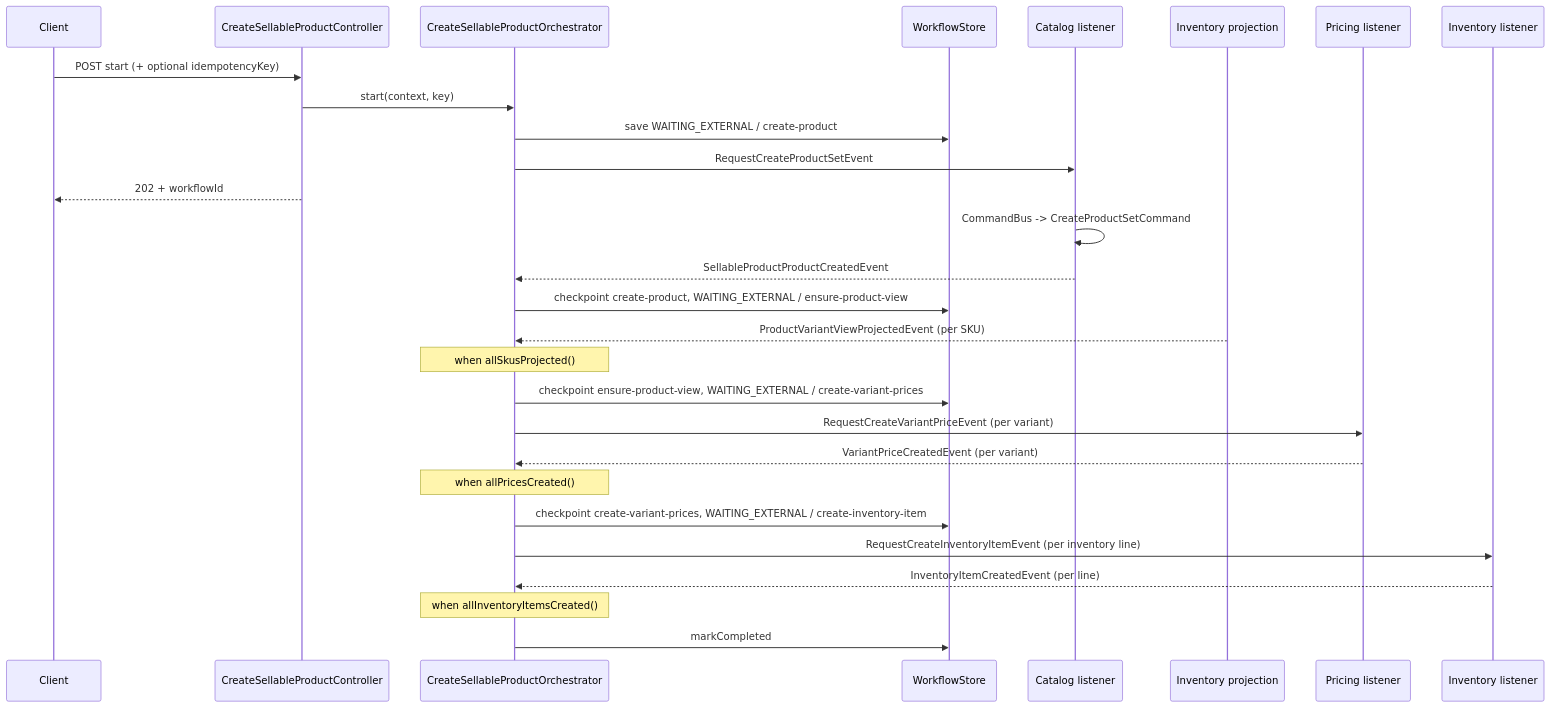
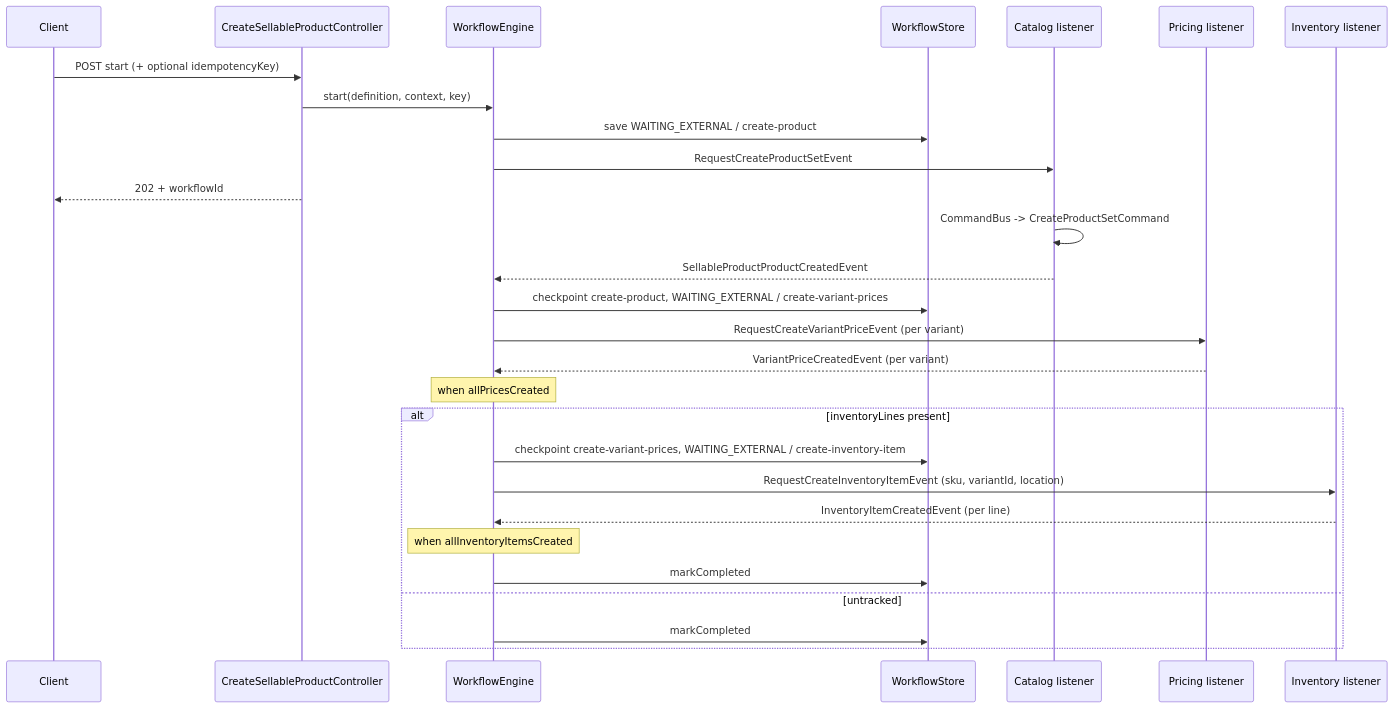
One commit to khinemyaezin/grab changed the first of 2 diagrams in docs/workflows/create-sellable-product.md. Above: the diagram before and after it, drawn with Mermaid. The commit also changed other lines of this file and 139 other files, not shown here.

Commit message:
feat: enhance inventory management by adding variantId to CreateInventoryCommand and RequestCreateInventoryItemEvent

````diff
--- a/docs/workflows/create-sellable-product.md
+++ b/docs/workflows/create-sellable-product.md
@@ -101,35 +104,33 @@
 ```mermaid
 sequenceDiagram
     participant Client
     participant API as CreateSellableProductController
-    participant O as CreateSellableProductOrchestrator
+    participant E as WorkflowEngine
     participant WS as WorkflowStore
     participant Cat as Catalog listener
-    participant InvProj as Inventory projection
     participant Price as Pricing listener
     participant Inv as Inventory listener
 
     Client->>API: POST start (+ optional idempotencyKey)
-    API->>O: start(context, key)
-    O->>WS: save WAITING_EXTERNAL / create-product
-    O->>Cat: RequestCreateProductSetEvent
+    API->>E: start(definition, context, key)
+    E->>WS: save WAITING_EXTERNAL / create-product
+    E->>Cat: RequestCreateProductSetEvent
     API-->>Client: 202 + workflowId
 
     Cat->>Cat: CommandBus -> CreateProductSetCommand
-    Cat-->>O: SellableProductProductCreatedEvent
-    O->>WS: checkpoint create-product, WAITING_EXTERNAL / ensure-product-view
+    Cat-->>E: SellableProductProductCreatedEvent
+    E->>WS: checkpoint create-product, WAITING_EXTERNAL / create-variant-prices
+    E->>Price: RequestCreateVariantPriceEvent (per variant)
 
-    InvProj-->>O: ProductVariantViewProjectedEvent (per SKU)
-    Note over O: when allSkusProjected()
-    O->>WS: checkpoint ensure-product-view, WAITING_EXTERNAL / create-variant-prices
-    O->>Price: RequestCreateVariantPriceEvent (per variant)
-
-    Price-->>O: VariantPriceCreatedEvent (per variant)
-    Note over O: when allPricesCreated()
-    O->>WS: checkpoint create-variant-prices, WAITING_EXTERNAL / create-inventory-item
-    O->>Inv: RequestCreateInventoryItemEvent (per inventory line)
-
-    Inv-->>O: InventoryItemCreatedEvent (per line)
-    Note over O: when allInventoryItemsCreated()
-    O->>WS: markCompleted
+    Price-->>E: VariantPriceCreatedEvent (per variant)
+    Note over E: when allPricesCreated
+    alt inventoryLines present
+        E->>WS: checkpoint create-variant-prices, WAITING_EXTERNAL / create-inventory-item
+        E->>Inv: RequestCreateInventoryItemEvent (sku, variantId, location)
+        Inv-->>E: InventoryItemCreatedEvent (per line)
+        Note over E: when allInventoryItemsCreated
+        E->>WS: markCompleted
+    else untracked
+        E->>WS: markCompleted
+    end
 ```
````
